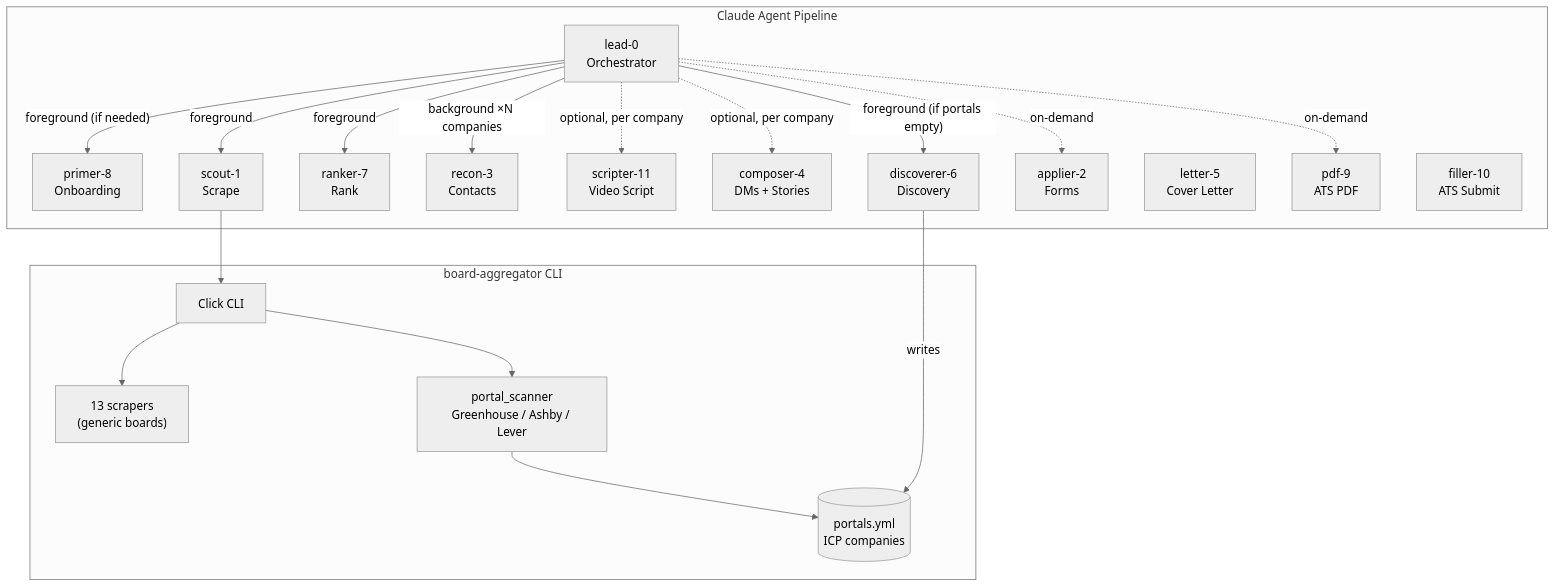
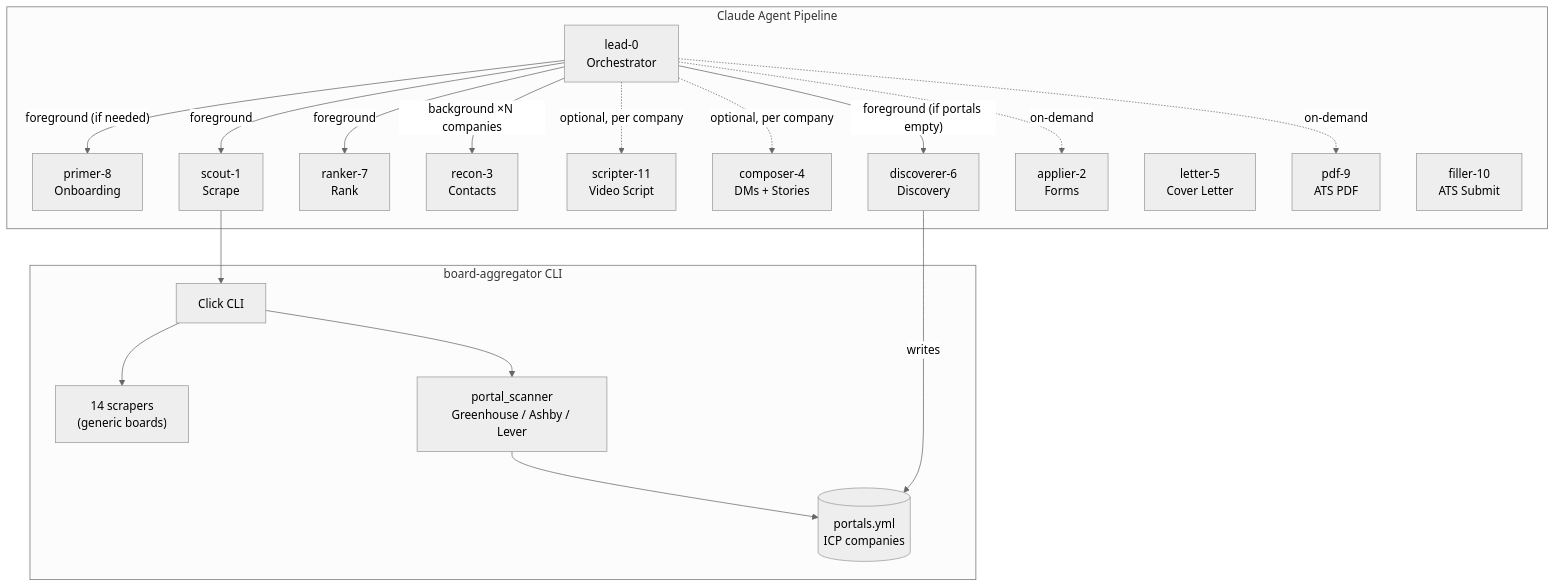
Before and after one commit to 0xquinto/dossier: the diagram in README.md, drawn with Mermaid (neutral theme). The commit also changed other lines of this file and 8 other files, not shown here.

````diff
--- a/README.md
+++ b/README.md
@@ -71,39 +71,39 @@
 ```mermaid
 graph TB
     subgraph Pipeline["Claude Agent Pipeline"]
         Lead[lead-0<br/>Orchestrator]
         Primer[primer-8<br/>Onboarding]
         Scout[scout-1<br/>Scrape]
         Ranker[ranker-7<br/>Rank]
         Recon[recon-3<br/>Contacts]
         Scripter[scripter-11<br/>Video Script]
         Composer[composer-4<br/>DMs + Stories]
         Discoverer[discoverer-6<br/>Discovery]
         Applier[applier-2<br/>Forms]
         Letter[letter-5<br/>Cover Letter]
         PDF[pdf-9<br/>ATS PDF]
         Filler[filler-10<br/>ATS Submit]
     end
 
     subgraph Scraper["board-aggregator CLI"]
         CLI[Click CLI]
-        Scrapers["13 scrapers<br/>(generic boards)"]
+        Scrapers["14 scrapers<br/>(generic boards)"]
         PortalScanner["portal_scanner<br/>Greenhouse / Ashby / Lever"]
         PortalsYml[("portals.yml<br/>ICP companies")]
     end
 
     Lead -->|"foreground (if needed)"| Primer
     Lead -->|foreground| Scout
     Lead -->|foreground| Ranker
     Lead -->|"background ×N companies"| Recon
     Lead -.->|"optional, per company"| Scripter
     Lead -.->|"optional, per company"| Composer
     Lead -->|"foreground (if portals empty)"| Discoverer
     Lead -.->|on-demand| Applier
     Lead -.->|on-demand| PDF
     Discoverer -->|writes| PortalsYml
     Scout --> CLI
     CLI --> Scrapers
     CLI --> PortalScanner
     PortalScanner --> PortalsYml
 ```
````
